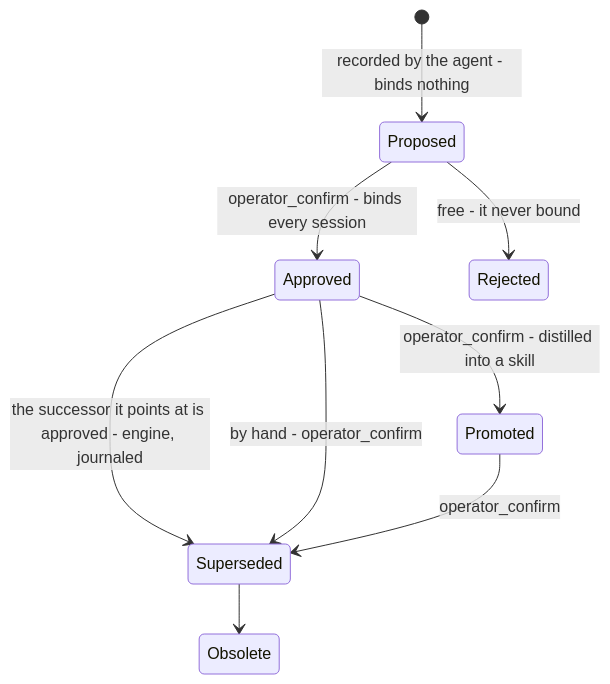
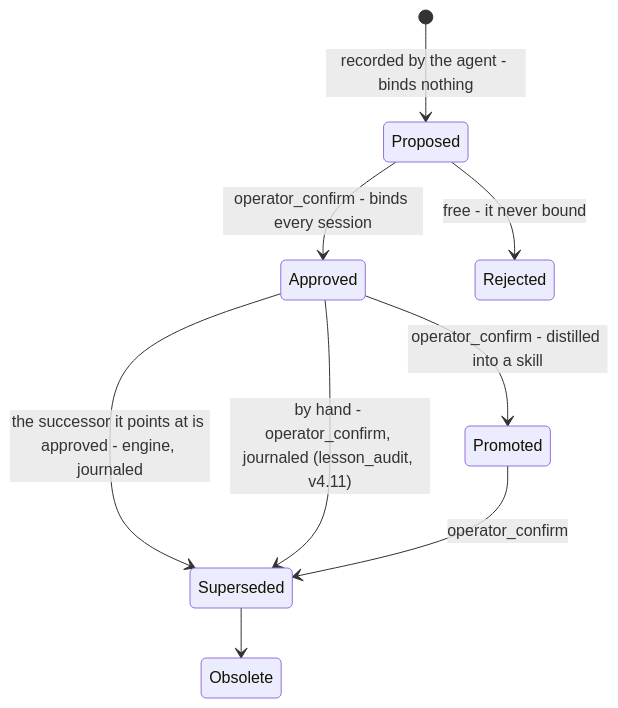
One commit to A-H-911/tamheed changed the eighth of 9 diagrams in docs/entities.md. Above: the diagram before and after it, drawn with Mermaid. The commit also changed other lines of this file and 10 other files, not shown here.

First line of the commit message:
docs: every findings_27 behavior is documented, with the feedback data-flow and lifecycle diagrams (plan 088)

````diff
--- a/docs/entities.md
+++ b/docs/entities.md
@@ -1037,11 +1038,11 @@
 ```mermaid
 stateDiagram-v2
     [*] --> Proposed : recorded by the agent - binds nothing
     Proposed --> Approved : operator_confirm - binds every session
     Proposed --> Rejected : free - it never bound
     Approved --> Promoted : operator_confirm - distilled into a skill
     Approved --> Superseded : the successor it points at is approved - engine, journaled
-    Approved --> Superseded : by hand - operator_confirm
+    Approved --> Superseded : by hand - operator_confirm, journaled (lesson_audit, v4.11)
     Promoted --> Superseded : operator_confirm
     Superseded --> Obsolete
 ```
````
